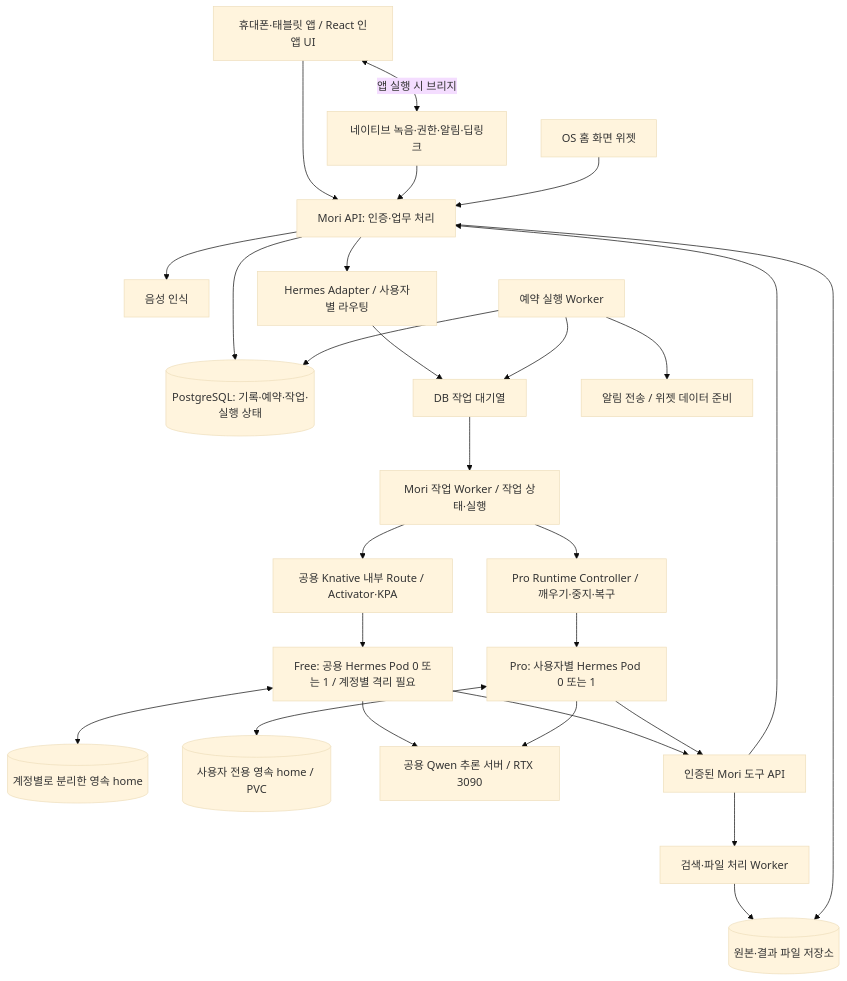
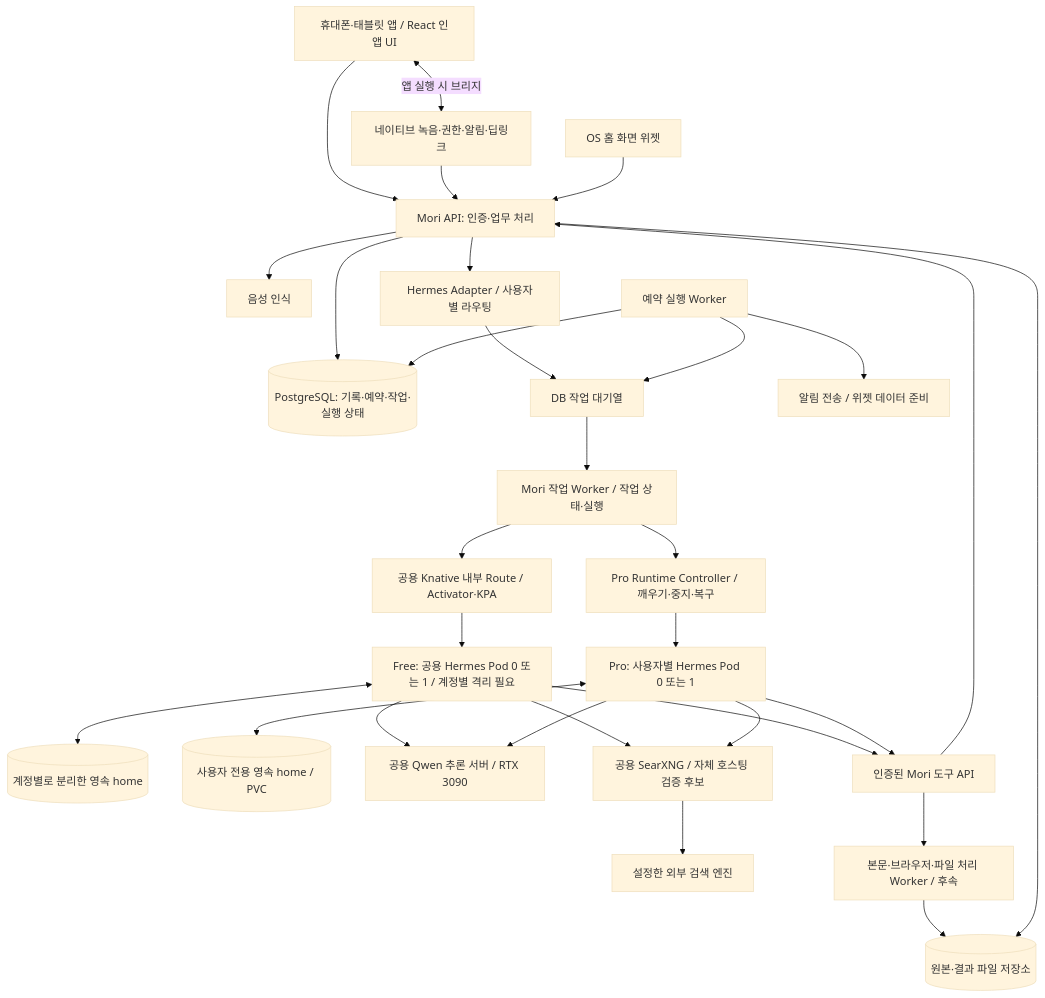
The first of 2 diagrams in architecture/plan.md (dong7314/mori), drawn with Mermaid (base theme) before and after one commit. The commit also changed other lines of this file and 6 other files, not shown here.

````diff
--- a/architecture/plan.md
+++ b/architecture/plan.md
@@ -57,29 +59,32 @@
 ```mermaid
 flowchart TD
     App[휴대폰·태블릿 앱 / React 인앱 UI] --> API[Mori API: 인증·업무 처리]
     App <-->|앱 실행 시 브리지| Native[네이티브 녹음·권한·알림·딥링크]
     Native --> API
     Widget[OS 홈 화면 위젯] --> API
     API --> DB[(PostgreSQL: 기록·예약·작업·실행 상태)]
     API --> STT[음성 인식]
     API --> Router[Hermes Adapter / 사용자별 라우팅]
     Router --> Queue[DB 작업 대기열]
     Scheduler[예약 실행 Worker] --> DB
     Scheduler --> Queue
     Scheduler --> Notify[알림 전송 / 위젯 데이터 준비]
     Queue --> Worker[Mori 작업 Worker / 작업 상태·실행]
     Worker --> Route[공용 Knative 내부 Route / Activator·KPA]
     Route --> Shared[Free: 공용 Hermes Pod 0 또는 1 / 계정별 격리 필요]
     Worker --> Controller[Pro Runtime Controller / 깨우기·중지·복구]
     Controller --> Dedicated[Pro: 사용자별 Hermes Pod 0 또는 1]
     Shared <--> SharedHome[(계정별로 분리한 영속 home)]
     Dedicated <--> Home[(사용자 전용 영속 home / PVC)]
     Shared --> LLM[공용 Qwen 추론 서버 / RTX 3090]
     Dedicated --> LLM
     Shared --> Tools[인증된 Mori 도구 API]
     Dedicated --> Tools
     Tools --> API
-    Tools --> Jobs[검색·파일 처리 Worker]
+    Shared --> Search[공용 SearXNG / 자체 호스팅 검증 후보]
+    Dedicated --> Search
+    Search --> Engines[설정한 외부 검색 엔진]
+    Tools --> Jobs[본문·브라우저·파일 처리 Worker / 후속]
     Jobs --> Files[(원본·결과 파일 저장소)]
     API --> Files
 ```
````
